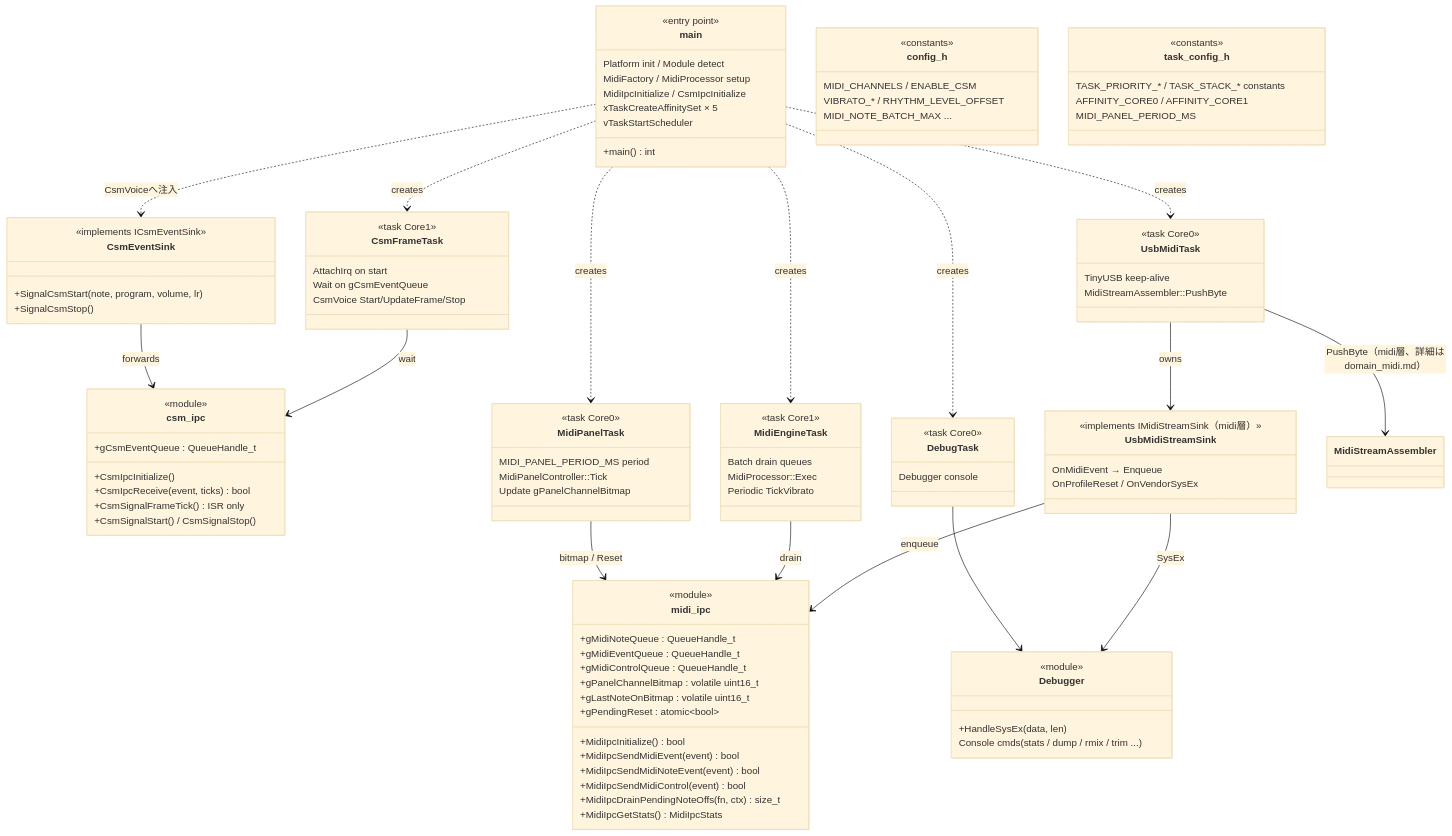
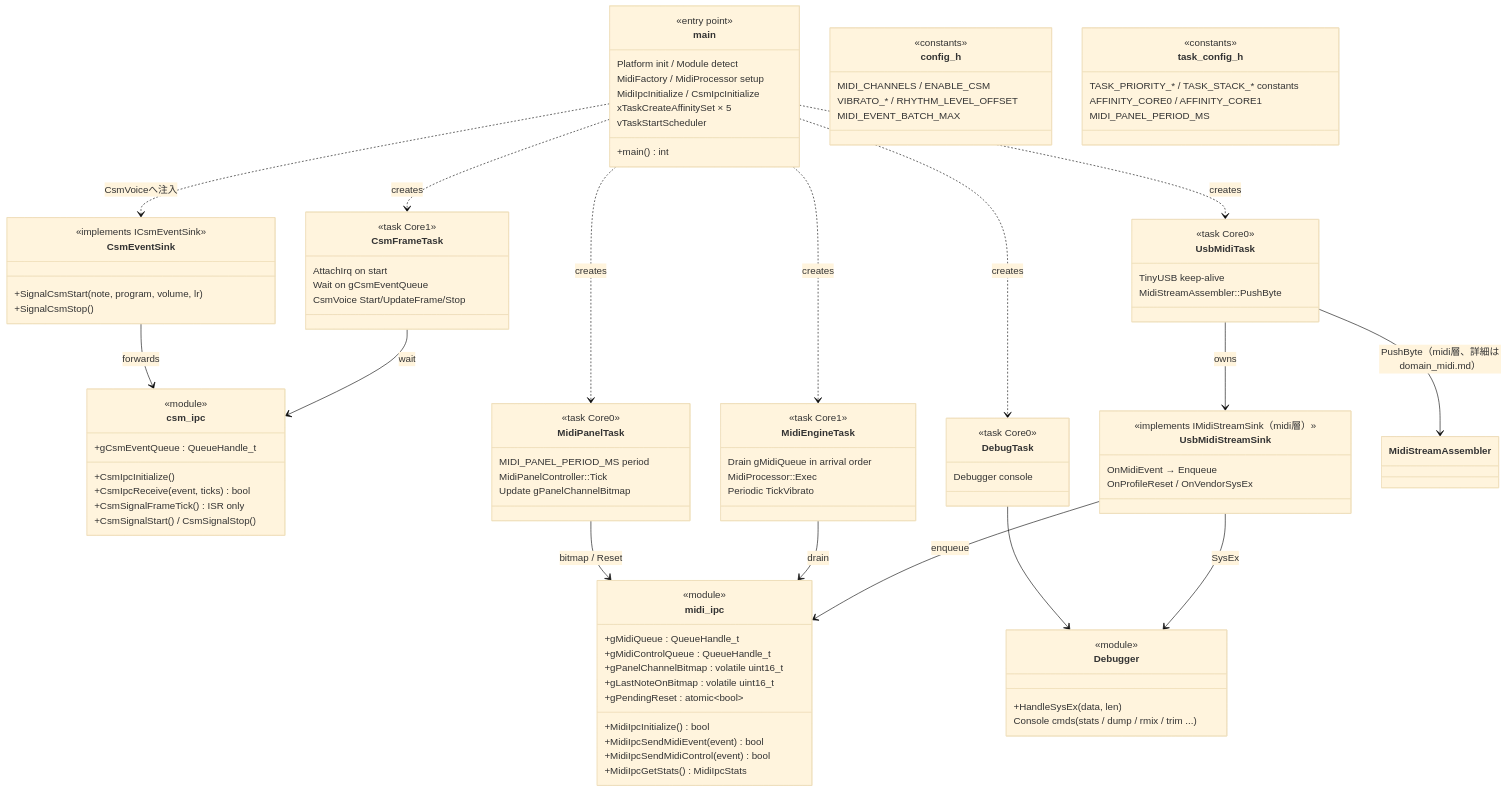
Before and after one commit to 46nori/FMSynthEnsembleV3: the diagram in doc/domain/domain_app.md, drawn with Mermaid (base theme). The commit also changed other lines of this file and 30 other files, not shown here.

```diff
--- a/doc/domain/domain_app.md
+++ b/doc/domain/domain_app.md
@@ -22,17 +22,14 @@
 
     class midi_ipc {
         <<module>>
-        +gMidiNoteQueue : QueueHandle_t
-        +gMidiEventQueue : QueueHandle_t
+        +gMidiQueue : QueueHandle_t
         +gMidiControlQueue : QueueHandle_t
         +gPanelChannelBitmap : volatile uint16_t
         +gLastNoteOnBitmap : volatile uint16_t
         +gPendingReset : atomic~bool~
         +MidiIpcInitialize() bool
         +MidiIpcSendMidiEvent(event) bool
-        +MidiIpcSendMidiNoteEvent(event) bool
         +MidiIpcSendMidiControl(event) bool
-        +MidiIpcDrainPendingNoteOffs(fn, ctx) size_t
         +MidiIpcGetStats() MidiIpcStats
     }
 
@@ -65,7 +62,7 @@
 
     class MidiEngineTask {
         <<task Core1>>
-        Batch drain queues
+        Drain gMidiQueue in arrival order
         MidiProcessor::Exec
         Periodic TickVibrato
     }
@@ -99,7 +96,7 @@
         <<constants>>
         MIDI_CHANNELS / ENABLE_CSM
         VIBRATO_* / RHYTHM_LEVEL_OFFSET
-        MIDI_NOTE_BATCH_MAX ...
+        MIDI_EVENT_BATCH_MAX
     }
 
     class task_config_h {
```
